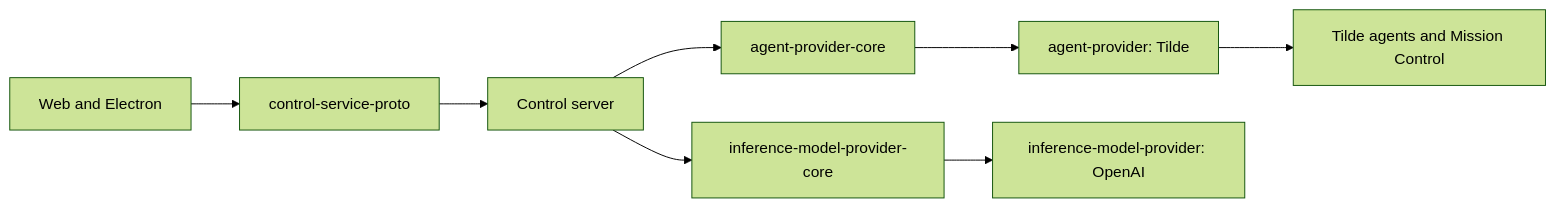
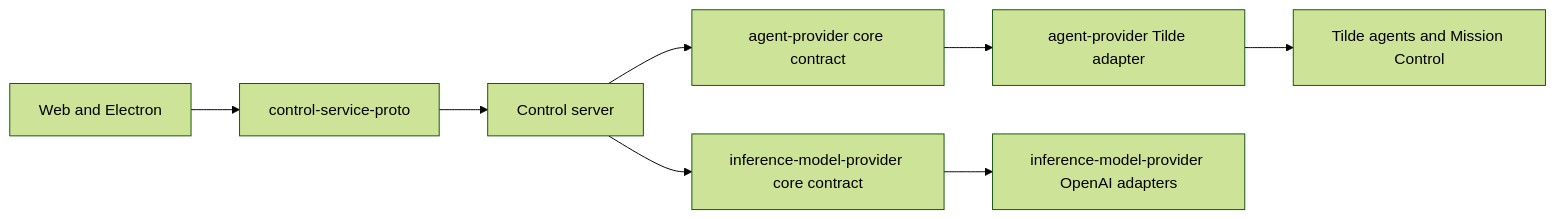
One commit to trytilde/dispatch changed the diagram in docs/adrs/0004-domain-provider-packages.md. Above: the diagram before and after it, drawn with Mermaid (forest theme). The commit also changed other lines of this file and 123 other files, not shown here.

````diff
--- a/docs/adrs/0004-domain-provider-packages.md
+++ b/docs/adrs/0004-domain-provider-packages.md
@@ -74,10 +76,10 @@
 ```mermaid
 flowchart LR
   W["Web and Electron"] --> C["control-service-proto"]
   C --> S["Control server"]
-  S --> A["agent-provider-core"]
-  A --> T["agent-provider: Tilde"]
+  S --> A["agent-provider core contract"]
+  A --> T["agent-provider Tilde adapter"]
   T --> M["Tilde agents and Mission Control"]
-  S --> I["inference-model-provider-core"]
-  I --> O["inference-model-provider: OpenAI"]
+  S --> I["inference-model-provider core contract"]
+  I --> O["inference-model-provider OpenAI adapters"]
 ```
````
